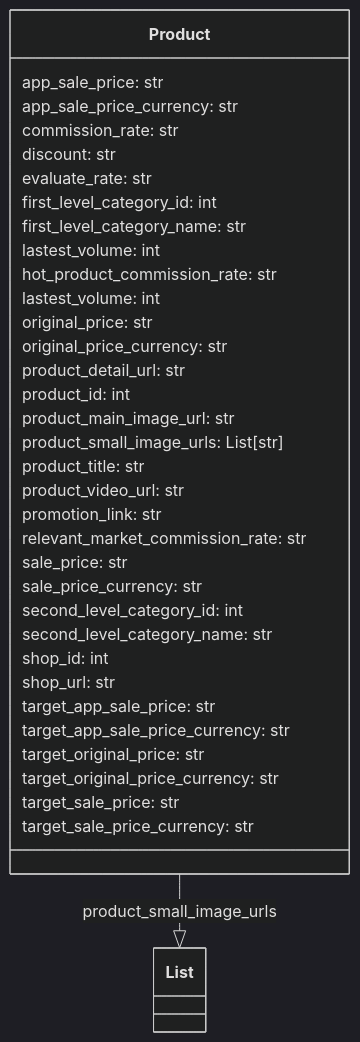
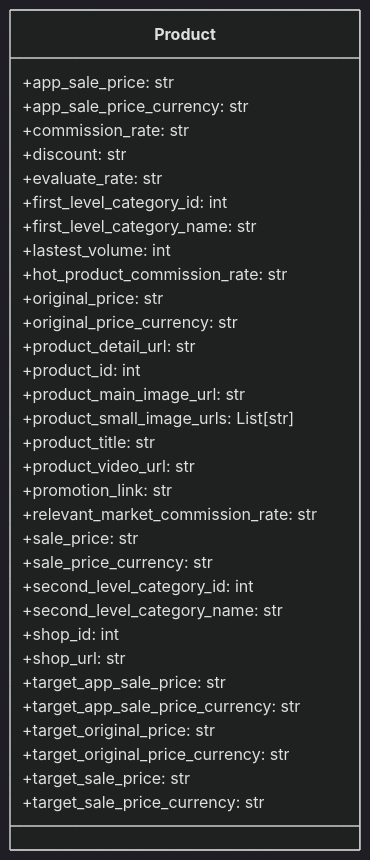
Before and after one commit to hypo69/hypo: the diagram in docs/gemini/ru/explainer/src/suppliers/aliexpress/api/models/product.py.md, drawn with Mermaid (dark theme). The commit also changed other lines of this file and 223 other files, not shown here.

````diff
--- a/docs/gemini/ru/explainer/src/suppliers/aliexpress/api/models/product.py.md
+++ b/docs/gemini/ru/explainer/src/suppliers/aliexpress/api/models/product.py.md
@@ -38,39 +25,36 @@
 ```mermaid
 classDiagram
     class Product {
-        app_sale_price: str
-        app_sale_price_currency: str
-        commission_rate: str
-        discount: str
-        evaluate_rate: str
-        first_level_category_id: int
-        first_level_category_name: str
-        lastest_volume: int
-        hot_product_commission_rate: str
-        lastest_volume: int        
-        original_price: str
-        original_price_currency: str
-        product_detail_url: str
-        product_id: int
-        product_main_image_url: str
-        product_small_image_urls: List[str]
-        product_title: str
-        product_video_url: str
-        promotion_link: str
-        relevant_market_commission_rate: str
-        sale_price: str
-        sale_price_currency: str
-        second_level_category_id: int
-        second_level_category_name: str
-        shop_id: int
-        shop_url: str
-        target_app_sale_price: str
-        target_app_sale_price_currency: str
-        target_original_price: str
-        target_original_price_currency: str
-        target_sale_price: str
-        target_sale_price_currency: str
+        +app_sale_price: str
+        +app_sale_price_currency: str
+        +commission_rate: str
+        +discount: str
+        +evaluate_rate: str
+        +first_level_category_id: int
+        +first_level_category_name: str
+        +lastest_volume: int
+         +hot_product_commission_rate: str
+        +original_price: str
+        +original_price_currency: str
+        +product_detail_url: str
+        +product_id: int
+        +product_main_image_url: str
+        +product_small_image_urls: List[str]
+        +product_title: str
+        +product_video_url: str
+        +promotion_link: str
+        +relevant_market_commission_rate: str
+        +sale_price: str
+        +sale_price_currency: str
+        +second_level_category_id: int
+        +second_level_category_name: str
+        +shop_id: int
+        +shop_url: str
+        +target_app_sale_price: str
+        +target_app_sale_price_currency: str
+        +target_original_price: str
+         +target_original_price_currency: str
+        +target_sale_price: str
+        +target_sale_price_currency: str
     }
-    
-    Product --|> List : product_small_image_urls
 ```
````
